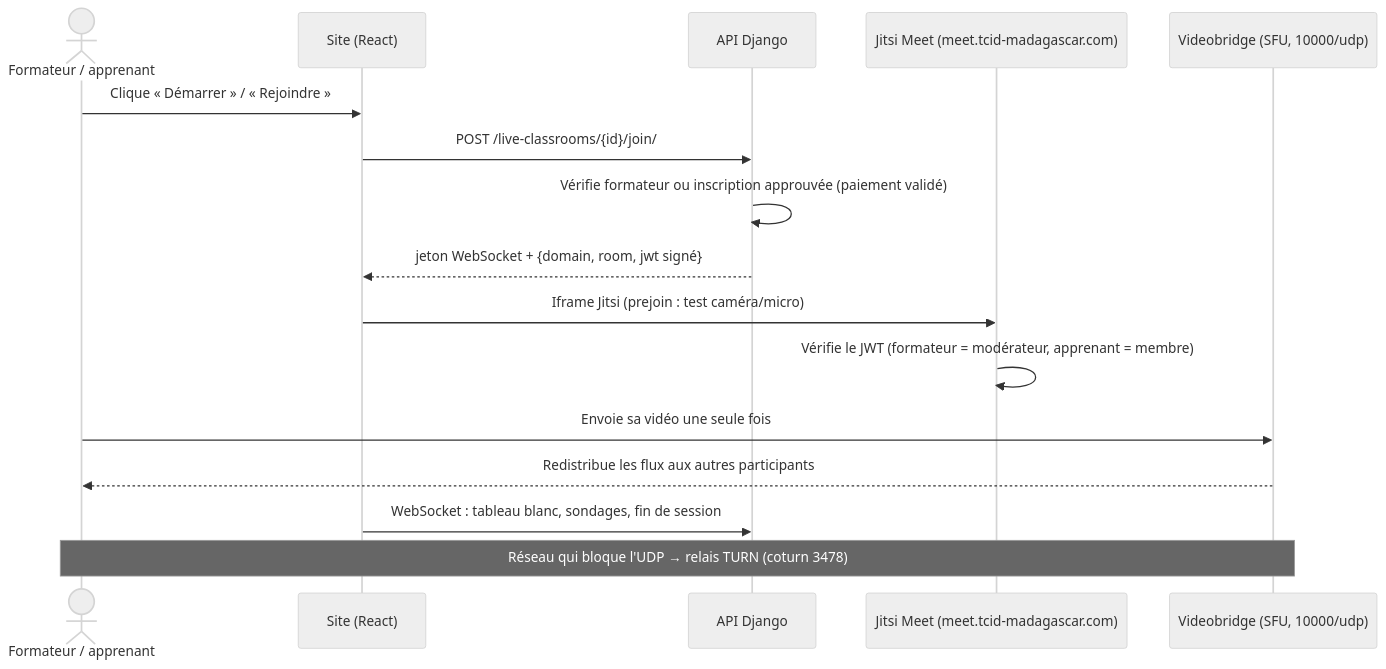
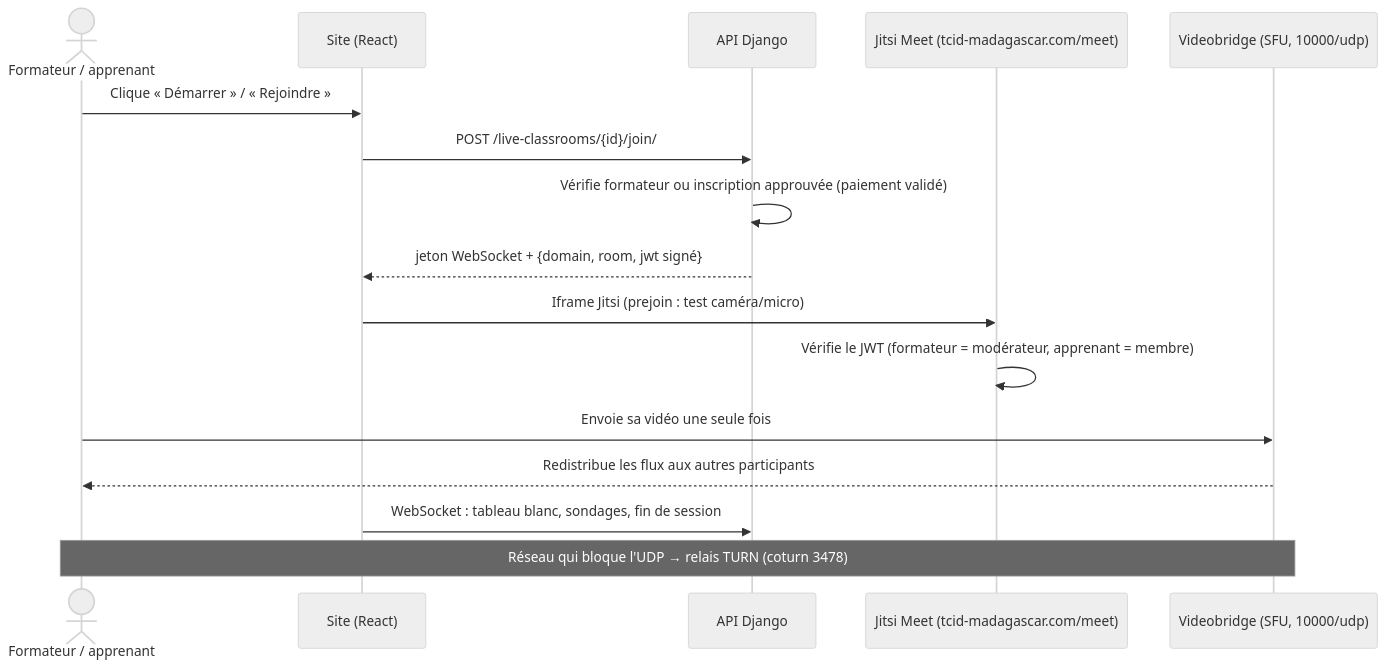
Before and after one commit to TRACKbest/tcid-manage: the fourth of 4 diagrams in docs/UML.md, drawn with Mermaid (neutral theme). The commit also changed 4 other files, not shown here.

````diff
--- a/docs/UML.md
+++ b/docs/UML.md
@@ -139,19 +139,19 @@
 ```mermaid
 sequenceDiagram
     actor U as Formateur / apprenant
     participant W as Site (React)
     participant API as API Django
-    participant J as Jitsi Meet (meet.tcid-madagascar.com)
+    participant J as Jitsi Meet (tcid-madagascar.com/meet)
     participant B as Videobridge (SFU, 10000/udp)
 
     U->>W: Clique « Démarrer » / « Rejoindre »
     W->>API: POST /live-classrooms/{id}/join/
     API->>API: Vérifie formateur ou inscription approuvée (paiement validé)
     API-->>W: jeton WebSocket + {domain, room, jwt signé}
     W->>J: Iframe Jitsi (prejoin : test caméra/micro)
     J->>J: Vérifie le JWT (formateur = modérateur, apprenant = membre)
     U->>B: Envoie sa vidéo une seule fois
     B-->>U: Redistribue les flux aux autres participants
     W->>API: WebSocket : tableau blanc, sondages, fin de session
     Note over U,B: Réseau qui bloque l'UDP → relais TURN (coturn 3478)
 ```
````
